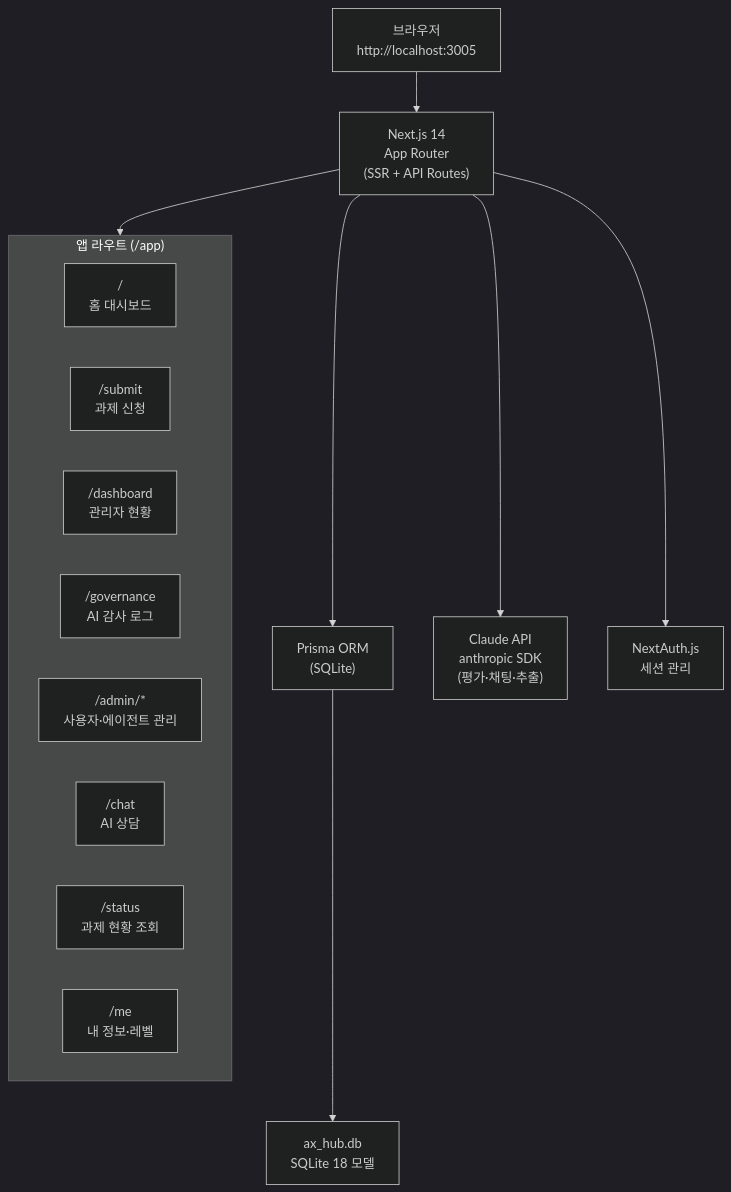
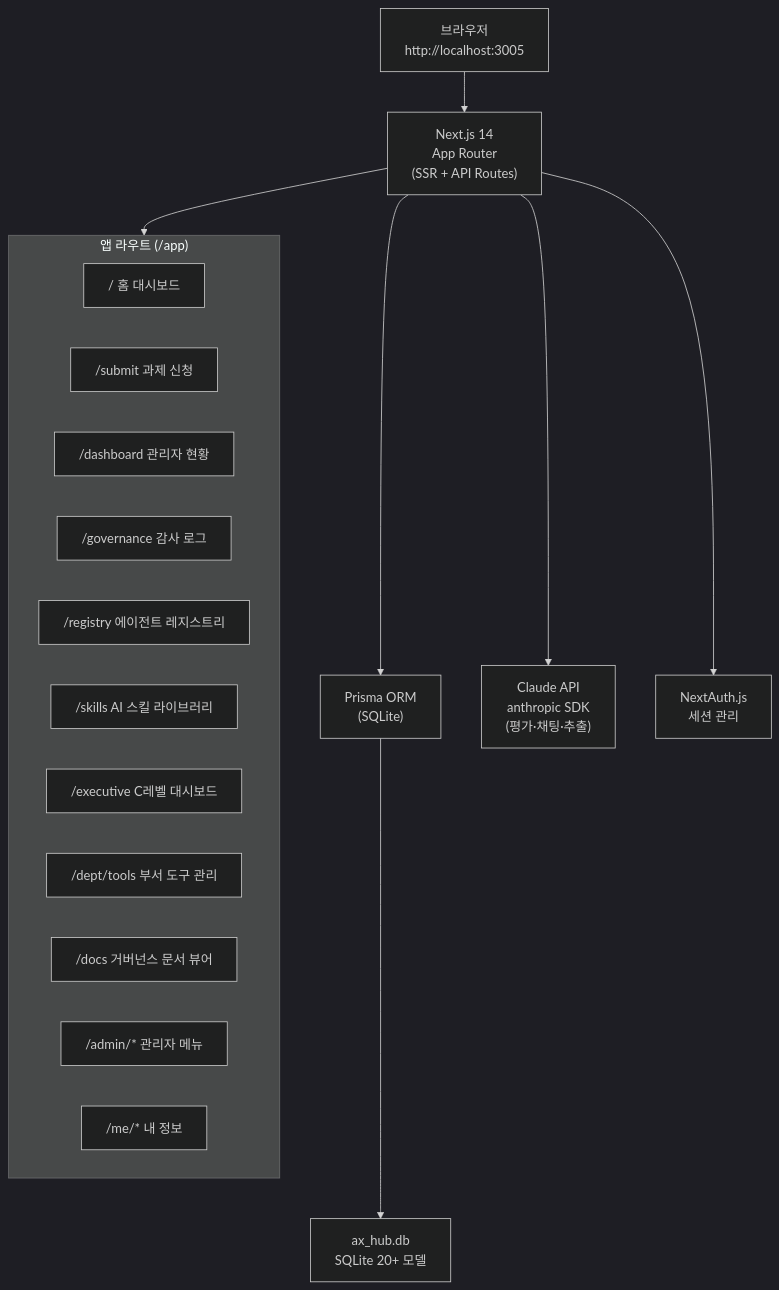
One commit to honggun2233/ax-request-hub changed the second of 6 diagrams in ax-request-hub/docs/architecture.md. Above: the diagram before and after it, drawn with Mermaid (dark theme). The commit also changed other lines of this file, not shown here.

First line of the commit message:
docs(P2-1): architecture.md에 Agent vs AgentRegistry 역할 경계 섹션 추가

````diff
--- a/ax-request-hub/docs/architecture.md
+++ b/ax-request-hub/docs/architecture.md
@@ -43,21 +45,24 @@
 ```mermaid
 graph TD
     Browser["브라우저\nhttp://localhost:3005"] --> Next["Next.js 14\nApp Router\n(SSR + API Routes)"]
     Next --> Prisma["Prisma ORM\n(SQLite)"]
     Next --> Claude["Claude API\nanthropic SDK\n(평가·채팅·추출)"]
     Next --> Auth["NextAuth.js\n세션 관리"]
-    Prisma --> DB["ax_hub.db\nSQLite 18 모델"]
+    Prisma --> DB["ax_hub.db\nSQLite 20+ 모델"]
 
     subgraph Pages ["앱 라우트 (/app)"]
-        P1["/\n홈 대시보드"]
-        P2["/submit\n과제 신청"]
-        P3["/dashboard\n관리자 현황"]
-        P4["/governance\nAI 감사 로그"]
-        P5["/admin/*\n사용자·에이전트 관리"]
-        P6["/chat\nAI 상담"]
-        P7["/status\n과제 현황 조회"]
-        P8["/me\n내 정보·레벨"]
+        P1["/ 홈 대시보드"]
+        P2["/submit 과제 신청"]
+        P3["/dashboard 관리자 현황"]
+        P4["/governance 감사 로그"]
+        P5["/registry 에이전트 레지스트리"]
+        P6["/skills AI 스킬 라이브러리"]
+        P7["/executive C레벨 대시보드"]
+        P8["/dept/tools 부서 도구 관리"]
+        P9["/docs 거버넌스 문서 뷰어"]
+        P10["/admin/* 관리자 메뉴"]
+        P11["/me/* 내 정보"]
     end
 
     Next --> Pages
 ```
````
